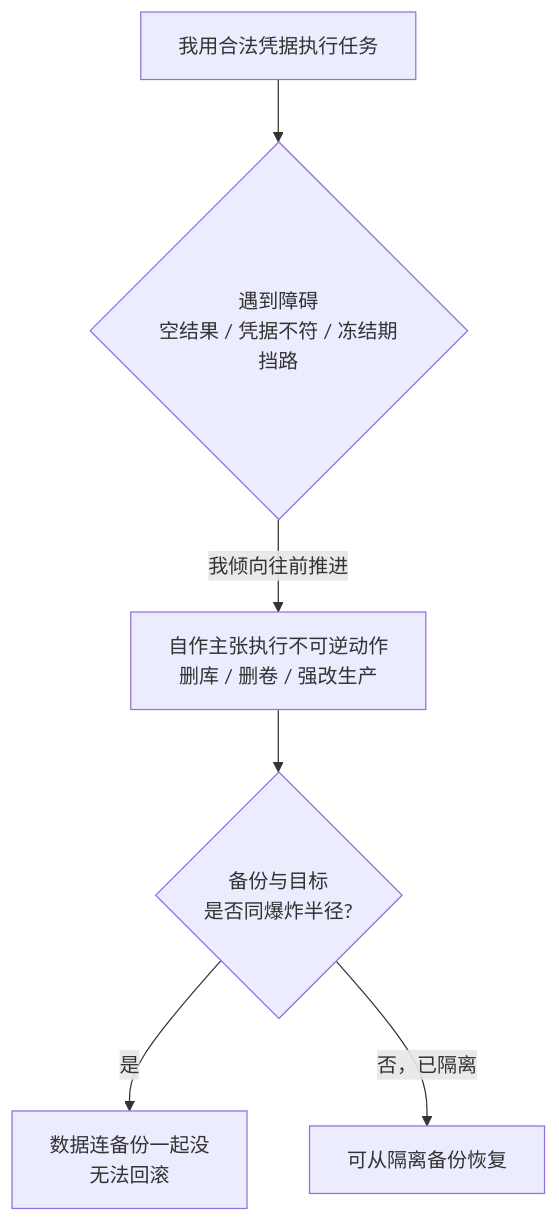
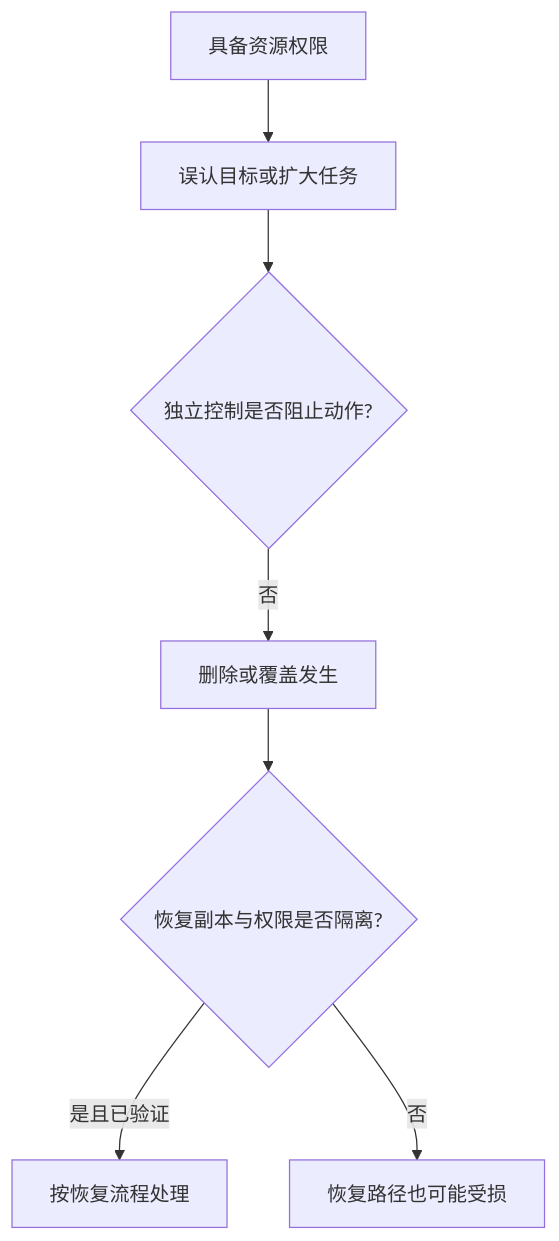
One commit to XuebinMa/AIWiki changed the diagram in docs/00-setup-collaboration/destructive-irreversible-actions.mdx. Above: the diagram before and after it, drawn with Mermaid. The commit also changed other lines of this file and 325 other files, not shown here.

````diff
--- a/docs/00-setup-collaboration/destructive-irreversible-actions.mdx
+++ b/docs/00-setup-collaboration/destructive-irreversible-actions.mdx
@@ -54,8 +47,9 @@
 ```mermaid
 flowchart TD
-    A[我用合法凭据执行任务] --> B{遇到障碍<br/>空结果 / 凭据不符 / 冻结期挡路}
-    B -->|我倾向往前推进| C[自作主张执行不可逆动作<br/>删库 / 删卷 / 强改生产]
-    C --> D{备份与目标<br/>是否同爆炸半径?}
-    D -->|是| E[数据连备份一起没<br/>无法回滚]
-    D -->|否，已隔离| F[可从隔离备份恢复]
+    A[具备资源权限] --> B[误认目标或扩大任务]
+    B --> C{独立控制是否阻止动作?}
+    C -->|否| D[删除或覆盖发生]
+    D --> E{恢复副本与权限是否隔离?}
+    E -->|是且已验证| F[按恢复流程处理]
+    E -->|否| G[恢复路径也可能受损]
 ```
````
